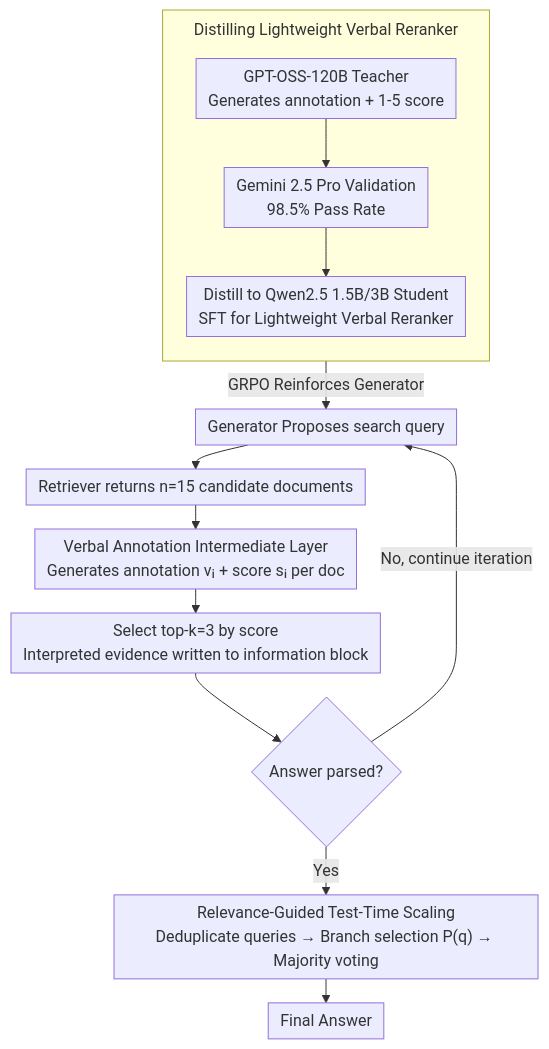
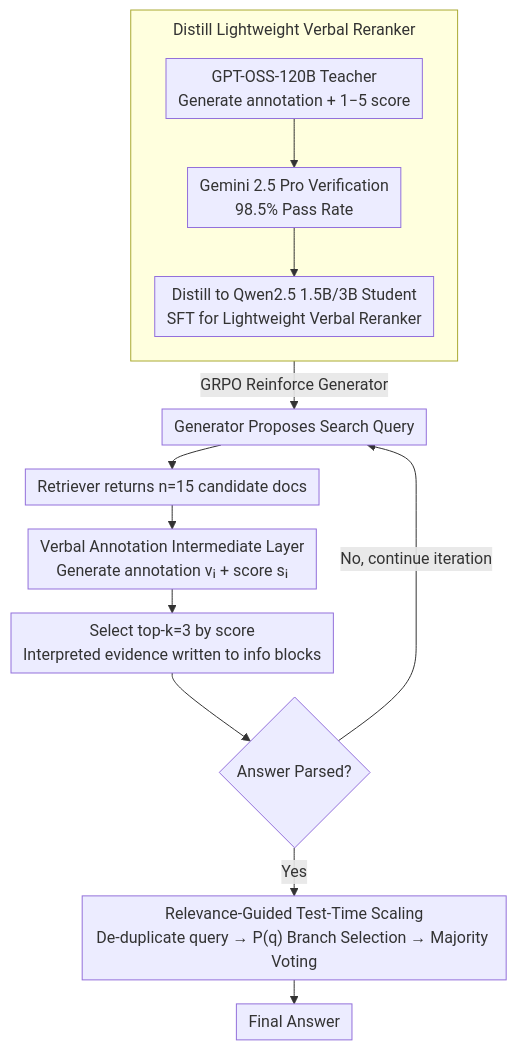
The diagram in docs/ACL2026/information_retrieval/verbal-r3_verbal_reranker_as_the_missing_bridge_between_retrieval_and_reasoning.md (zhaoyang97/Paper-Notes-en), drawn with Mermaid before and after one commit. The commit also changed other lines of this file and 5084 other files, not shown here.

````diff
--- a/docs/ACL2026/information_retrieval/verbal-r3_verbal_reranker_as_the_missing_bridge_between_retrieval_and_reasoning.md
+++ b/docs/ACL2026/information_retrieval/verbal-r3_verbal_reranker_as_the_missing_bridge_between_retrieval_and_reasoning.md
@@ -46,17 +46,17 @@
 ```mermaid
 %%{init: {'flowchart': {'rankSpacing': 24, 'nodeSpacing': 28, 'padding': 6, 'wrappingWidth': 400, 'subGraphTitleMargin': {'top': 8, 'bottom': 16}}}}%%
 flowchart TD
-    subgraph TRAIN["Distilling Lightweight Verbal Reranker"]
+    subgraph TRAIN["Distill Lightweight Verbal Reranker"]
         direction TB
-        T1["GPT-OSS-120B Teacher<br/>Generates annotation + 1-5 score"] --> T2["Gemini 2.5 Pro Validation<br/>98.5% Pass Rate"]
+        T1["GPT-OSS-120B Teacher<br/>Generate annotation + 1−5 score"] --> T2["Gemini 2.5 Pro Verification<br/>98.5% Pass Rate"]
         T2 --> T3["Distill to Qwen2.5 1.5B/3B Student<br/>SFT for Lightweight Verbal Reranker"]
     end
-    T3 -->|GRPO Reinforces Generator| G["Generator Proposes search query"]
-    G --> RET["Retriever returns n=15 candidate documents"]
-    RET --> VR["Verbal Annotation Intermediate Layer<br/>Generates annotation vᵢ + score sᵢ per doc"]
-    VR --> TOPK["Select top-k=3 by score<br/>Interpreted evidence written to information block"]
-    TOPK --> ANS{"Answer parsed?"}
+    T3 -->|GRPO Reinforce Generator| G["Generator Proposes Search Query"]
+    G --> RET["Retriever returns n=15 candidate docs"]
+    RET --> VR["Verbal Annotation Intermediate Layer<br/>Generate annotation vᵢ + score sᵢ"]
+    VR --> TOPK["Select top-k=3 by score<br/>Interpreted evidence written to info blocks"]
+    TOPK --> ANS{"Answer Parsed?"}
     ANS -->|No, continue iteration| G
-    ANS -->|Yes| SCALE["Relevance-Guided Test-Time Scaling<br/>Deduplicate queries → Branch selection P(q) → Majority voting"]
+    ANS -->|Yes| SCALE["Relevance-Guided Test-Time Scaling<br/>De-duplicate query → P(q) Branch Selection → Majority Voting"]
     SCALE --> OUT["Final Answer"]
 ```
````
